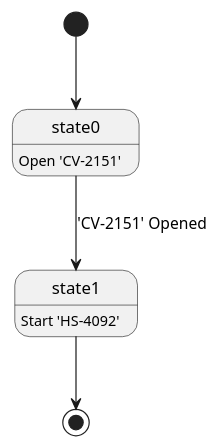
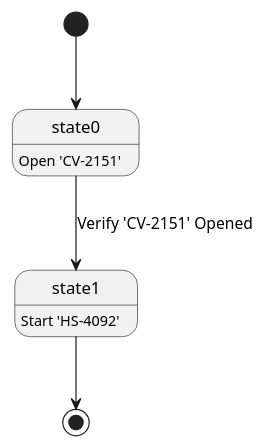
The diagram in specs/vpeng/AttrTest_0.0.puml (mekcrab/Solvay_test), drawn with PlantUML before and after one commit. The commit also changed 2 other files, not shown here.

```diff
--- a/specs/vpeng/AttrTest_0.0.puml
+++ b/specs/vpeng/AttrTest_0.0.puml
@@ -1,9 +1,9 @@
 @startuml
 
 [*] --> state0
 state0: Open 'CV-2151'
-state0 --> state1: 'CV-2151' Opened
+state0 --> state1: Verify 'CV-2151' Opened
 state1: Start 'HS-4092'
 state1 --> [*]
 
 @enduml
```
